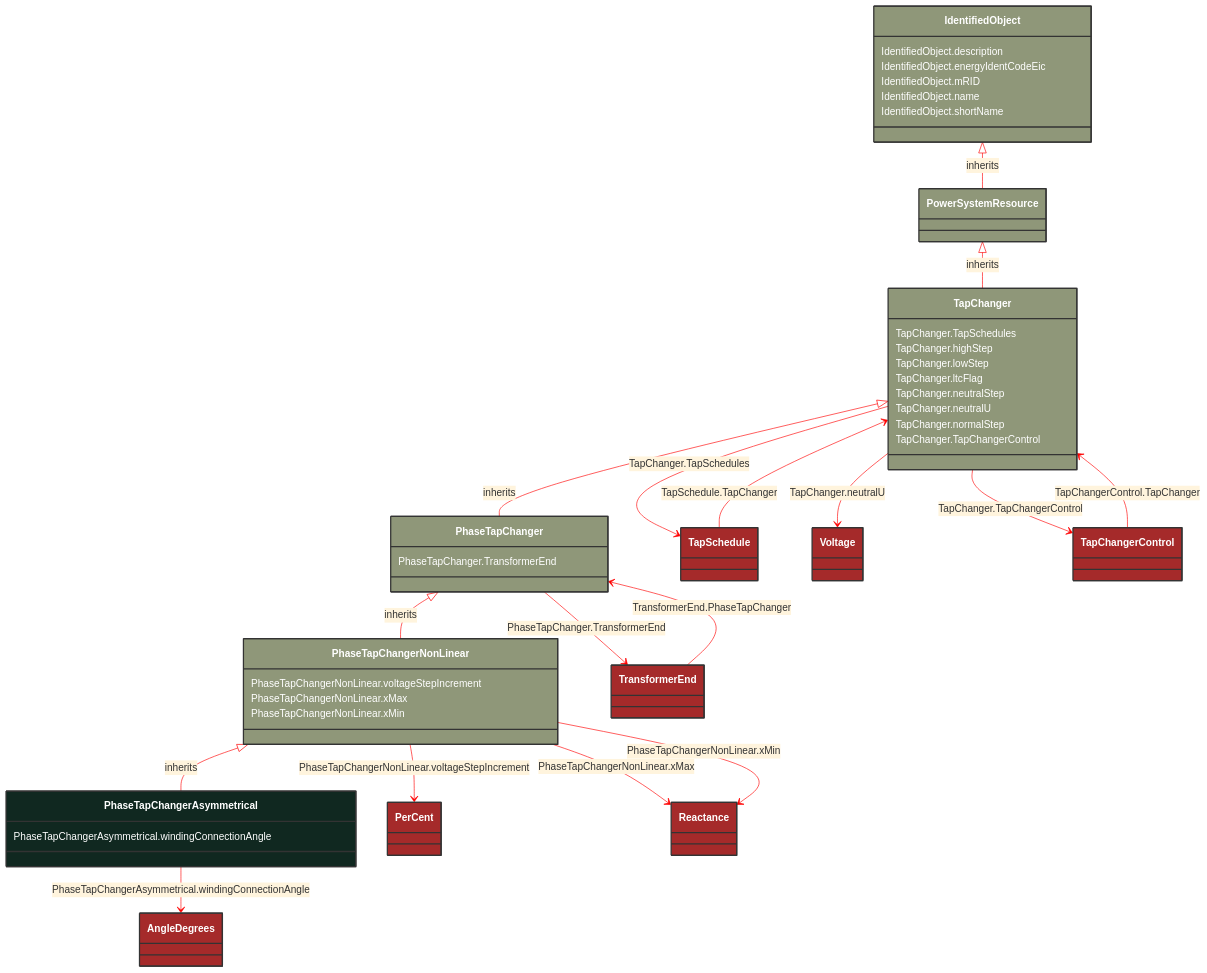
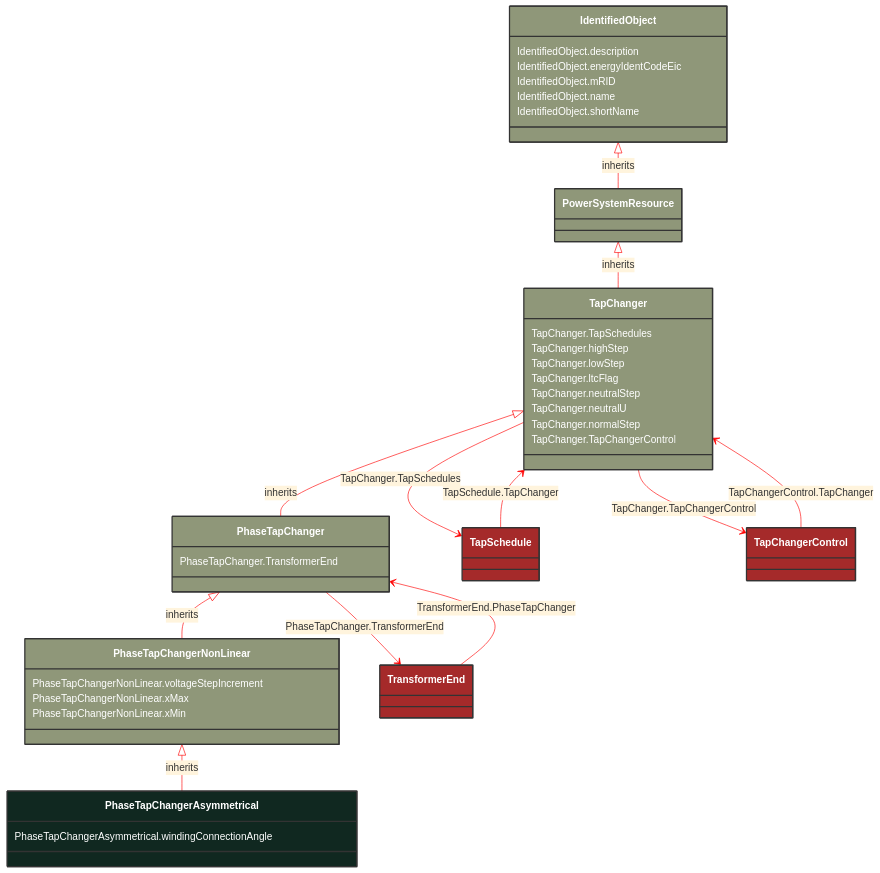
One commit to 3lbits/NoCIMExtensions changed the diagram in docs/Models/Profiles/CoreEquipment/ConcreteClasses/PhaseTapChangerAsymmetrical.md. Above: the diagram before and after it, drawn with Mermaid. The commit also changed other lines of this file and 397 other files, not shown here.

First line of the commit message:
Refactor CIM schemas to introduce abstract classes and consolidate data types

```diff
--- a/docs/Models/Profiles/CoreEquipment/ConcreteClasses/PhaseTapChangerAsymmetrical.md
+++ b/docs/Models/Profiles/CoreEquipment/ConcreteClasses/PhaseTapChangerAsymmetrical.md
@@ -13,60 +13,35 @@
     style PhaseTapChangerAsymmetrical fill:#102820,stroke:#333,stroke-width:2px,rx:10,ry:10,color:white
      
         PhaseTapChangerNonLinear <|-- PhaseTapChangerAsymmetrical : inherits
-            click PhaseTapChangerNonLinear href "/Models/Profiles/CoreEquipment/ConcreteClasses/PhaseTapChangerNonLinear/"
+            click PhaseTapChangerNonLinear href "/Models/Profiles/CoreEquipment/AbstractClasses/PhaseTapChangerNonLinear/"
             style PhaseTapChangerNonLinear fill:#8F9779,stroke:#333,stroke-width:2px,rx:10,ry:10,color:white
      
         PhaseTapChanger <|-- PhaseTapChangerNonLinear : inherits
-            click PhaseTapChanger href "/Models/Profiles/CoreEquipment/ConcreteClasses/PhaseTapChanger/"
+            click PhaseTapChanger href "/Models/Profiles/CoreEquipment/AbstractClasses/PhaseTapChanger/"
             style PhaseTapChanger fill:#8F9779,stroke:#333,stroke-width:2px,rx:10,ry:10,color:white
      
         TapChanger <|-- PhaseTapChanger : inherits
-            click TapChanger href "/Models/Profiles/CoreEquipment/ConcreteClasses/TapChanger/"
+            click TapChanger href "/Models/Profiles/CoreEquipment/AbstractClasses/TapChanger/"
             style TapChanger fill:#8F9779,stroke:#333,stroke-width:2px,rx:10,ry:10,color:white
      
         PowerSystemResource <|-- TapChanger : inherits
-            click PowerSystemResource href "/Models/Profiles/CoreEquipment/ConcreteClasses/PowerSystemResource/"
+            click PowerSystemResource href "/Models/Profiles/CoreEquipment/AbstractClasses/PowerSystemResource/"
             style PowerSystemResource fill:#8F9779,stroke:#333,stroke-width:2px,rx:10,ry:10,color:white
      
         IdentifiedObject <|-- PowerSystemResource : inherits
-            click IdentifiedObject href "/Models/Profiles/CoreEquipment/ConcreteClasses/IdentifiedObject/"
+            click IdentifiedObject href "/Models/Profiles/CoreEquipment/AbstractClasses/IdentifiedObject/"
             style IdentifiedObject fill:#8F9779,stroke:#333,stroke-width:2px,rx:10,ry:10,color:white
 
-        PhaseTapChangerAsymmetrical --> AngleDegrees : PhaseTapChangerAsymmetrical.windingConnectionAngle
-
-        AngleDegrees
-            click AngleDegrees href "/Models/Profiles/CoreEquipment/ConcreteClasses/AngleDegrees/"
-            style AngleDegrees fill:#A52A2A,stroke:#333,stroke-width:2px,rx:10,ry:10,color:white
-        PhaseTapChangerNonLinear --> PerCent : PhaseTapChangerNonLinear.voltageStepIncrement
-
-        PerCent
-            click PerCent href "/Models/Profiles/CoreEquipment/ConcreteClasses/PerCent/"
-            style PerCent fill:#A52A2A,stroke:#333,stroke-width:2px,rx:10,ry:10,color:white
-        PhaseTapChangerNonLinear --> Reactance : PhaseTapChangerNonLinear.xMax
-
-        Reactance
-            click Reactance href "/Models/Profiles/CoreEquipment/ConcreteClasses/Reactance/"
-            style Reactance fill:#A52A2A,stroke:#333,stroke-width:2px,rx:10,ry:10,color:white
-        PhaseTapChangerNonLinear --> Reactance : PhaseTapChangerNonLinear.xMin
-
-        Reactance
-            click Reactance href "/Models/Profiles/CoreEquipment/ConcreteClasses/Reactance/"
-            style Reactance fill:#A52A2A,stroke:#333,stroke-width:2px,rx:10,ry:10,color:white
         PhaseTapChanger --> TransformerEnd : PhaseTapChanger.TransformerEnd
 
         TransformerEnd
-            click TransformerEnd href "/Models/Profiles/CoreEquipment/ConcreteClasses/TransformerEnd/"
+            click TransformerEnd href "/Models/Profiles/CoreEquipment/AbstractClasses/TransformerEnd/"
             style TransformerEnd fill:#A52A2A,stroke:#333,stroke-width:2px,rx:10,ry:10,color:white
         TapChanger --> TapSchedule : TapChanger.TapSchedules
 
         TapSchedule
-            click TapSchedule href "/Models/Profiles/CoreEquipment/ConcreteClasses/TapSchedule/"
+            click TapSchedule href "/Models/Profiles/CoreEquipment/AbstractClasses/TapSchedule/"
             style TapSchedule fill:#A52A2A,stroke:#333,stroke-width:2px,rx:10,ry:10,color:white
-        TapChanger --> Voltage : TapChanger.neutralU
-
-        Voltage
-            click Voltage href "/Models/Profiles/CoreEquipment/ConcreteClasses/Voltage/"
-            style Voltage fill:#A52A2A,stroke:#333,stroke-width:2px,rx:10,ry:10,color:white
         TapChanger --> TapChangerControl : TapChanger.TapChangerControl
 
         TapChangerControl
@@ -76,7 +51,7 @@
         TapSchedule --> TapChanger : TapSchedule.TapChanger
 
         TapSchedule
-            click TapSchedule href "/Models/Profiles/CoreEquipment/ConcreteClasses/TapSchedule/"
+            click TapSchedule href "/Models/Profiles/CoreEquipment/AbstractClasses/TapSchedule/"
             style TapSchedule fill:#A52A2A,stroke:#333,stroke-width:2px,rx:10,ry:10,color:white
 
         TapChangerControl --> TapChanger : TapChangerControl.TapChanger
@@ -88,7 +63,7 @@
         TransformerEnd --> PhaseTapChanger : TransformerEnd.PhaseTapChanger
 
         TransformerEnd
-            click TransformerEnd href "/Models/Profiles/CoreEquipment/ConcreteClasses/TransformerEnd/"
+            click TransformerEnd href "/Models/Profiles/CoreEquipment/AbstractClasses/TransformerEnd/"
             style TransformerEnd fill:#A52A2A,stroke:#333,stroke-width:2px,rx:10,ry:10,color:white
 
 
```
